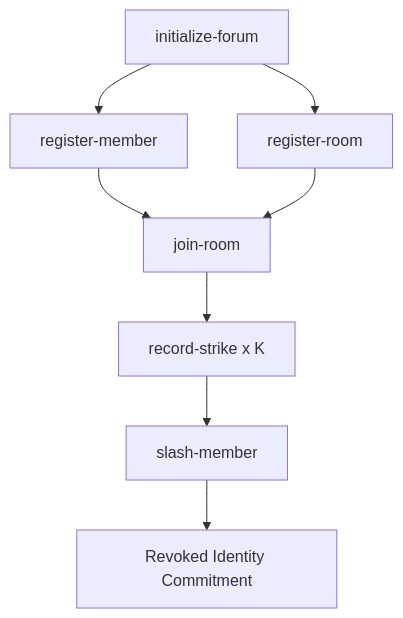
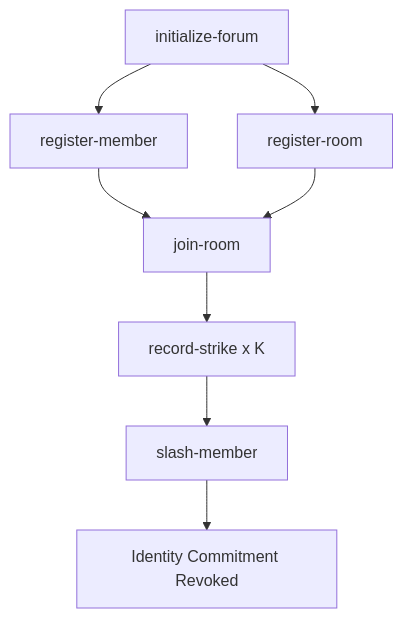
One commit to evice-labs/e-identity-stack changed the diagram in README.md. Above: the diagram before and after it, drawn with Mermaid. The commit also changed other lines of this file and 2 other files, not shown here.

````diff
--- a/README.md
+++ b/README.md
@@ -73,10 +164,10 @@
 ```mermaid
 flowchart TD
     A[initialize-forum] --> B[register-member]
     A --> C[register-room]
     B --> D[join-room]
     C --> D
     D --> E[record-strike x K]
     E --> F[slash-member]
-    F --> G[Revoked Identity Commitment]
+    F --> G[Identity Commitment Revoked]
 ```
````
